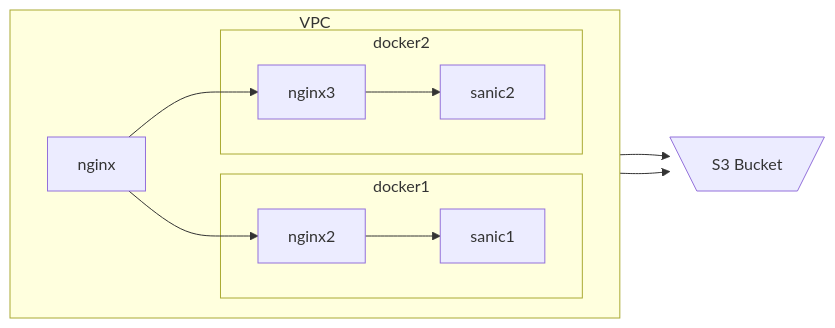
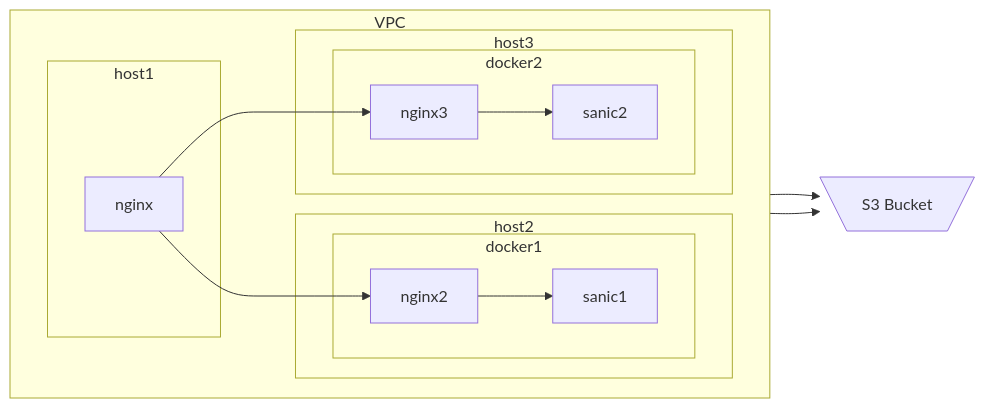
The second of 2 diagrams in natural4-server/natural4_server/nginx-lb.md (smucclaw/gsheet), drawn with Mermaid before and after one commit. The commit also changed other lines of this file, not shown here.

Commit message:
Add hosts to diagrams

````diff
--- a/natural4-server/natural4_server/nginx-lb.md
+++ b/natural4-server/natural4_server/nginx-lb.md
@@ -25,21 +28,27 @@
 ```mermaid
 flowchart LR
     subgraph VPC
         direction LR
-        nginx
+        subgraph host1
+            nginx
+        end
 
-        subgraph docker1
-        nginx2-->sanic1
+        subgraph host2
+            subgraph docker1
+                nginx2-->sanic1
+            end
         end
         
-        subgraph docker2
-        nginx3-->sanic2
+        subgraph host3
+            subgraph docker2
+                nginx3-->sanic2
+            end
         end
         
         nginx-->nginx3
         nginx-->nginx2
     end
     bucket[\S3 Bucket/]
     sanic1-->bucket
     sanic2-->bucket
 ```
````
